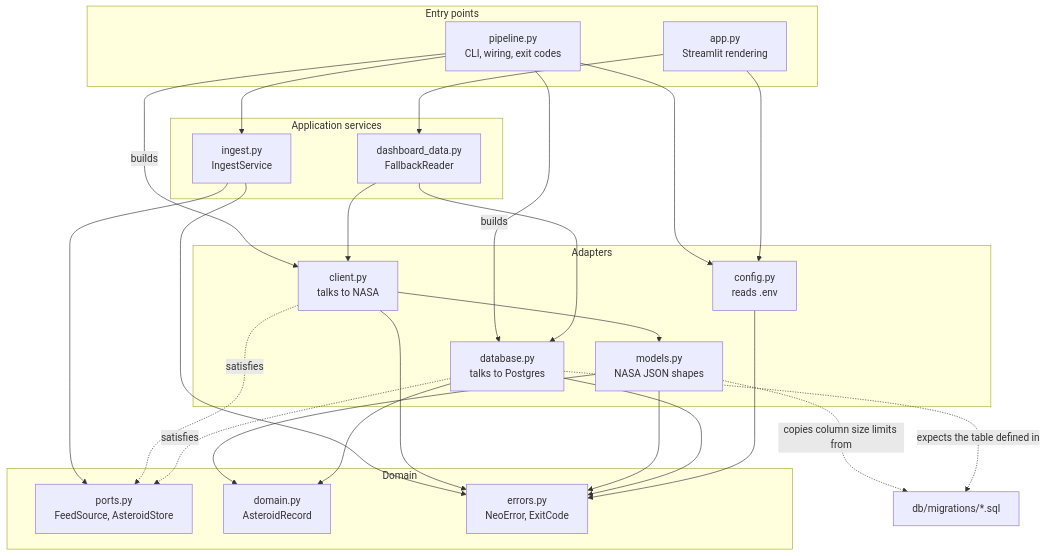
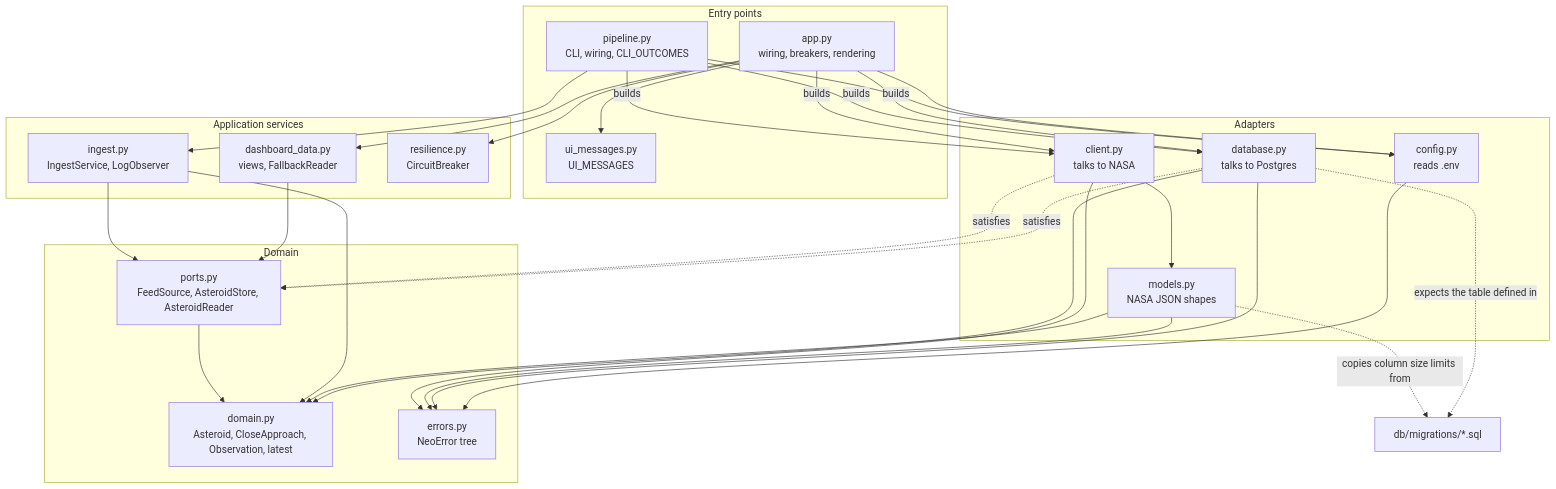
The third of 6 diagrams in docs/ARCHITECTURE.md (ksbn/neo-project), drawn with Mermaid before and after one commit. The commit also changed other lines of this file and 28 other files, not shown here.

First line of the commit message:
Finish dependency inversion, prepare domain for history, add breakers and type checks

````diff
--- a/docs/ARCHITECTURE.md
+++ b/docs/ARCHITECTURE.md
@@ -82,43 +82,49 @@
 ```mermaid
 flowchart TD
     subgraph Entry["Entry points"]
-        pipeline["pipeline.py<br/>CLI, wiring, exit codes"]
-        app["app.py<br/>Streamlit rendering"]
+        pipeline["pipeline.py<br/>CLI, wiring, CLI_OUTCOMES"]
+        app["app.py<br/>wiring, breakers, rendering"]
+        ui["ui_messages.py<br/>UI_MESSAGES"]
     end
     subgraph Services["Application services"]
-        ingest["ingest.py<br/>IngestService"]
-        dash["dashboard_data.py<br/>FallbackReader"]
+        ingest["ingest.py<br/>IngestService, LogObserver"]
+        dash["dashboard_data.py<br/>views, FallbackReader"]
+        res["resilience.py<br/>CircuitBreaker"]
     end
     subgraph Core["Domain"]
-        ports["ports.py<br/>FeedSource, AsteroidStore"]
-        domain["domain.py<br/>AsteroidRecord"]
-        errors["errors.py<br/>NeoError, ExitCode"]
+        ports["ports.py<br/>FeedSource, AsteroidStore, AsteroidReader"]
+        domain["domain.py<br/>Asteroid, CloseApproach, Observation, latest"]
+        errors["errors.py<br/>NeoError tree"]
     end
     subgraph Adapters["Adapters"]
         client["client.py<br/>talks to NASA"]
         models["models.py<br/>NASA JSON shapes"]
         database["database.py<br/>talks to Postgres"]
         config["config.py<br/>reads .env"]
     end
     pipeline --> ingest
     pipeline --> config
     pipeline -->|"builds"| client
     pipeline -->|"builds"| database
     app --> dash
+    app --> res
+    app --> ui
     app --> config
+    app -->|"builds"| client
+    app -->|"builds"| database
     ingest --> ports
-    ingest --> errors
-    dash --> client
-    dash --> database
+    dash --> ports
+    ports --> domain
+    ingest --> domain
     client -. "satisfies" .-> ports
     database -. "satisfies" .-> ports
     client --> models
     models --> domain
     database --> domain
     client --> errors
     models --> errors
     database --> errors
     config --> errors
     models -.->|"copies column size limits from"| mig["db/migrations/*.sql"]
     database -.->|"expects the table defined in"| mig
 ```
````
